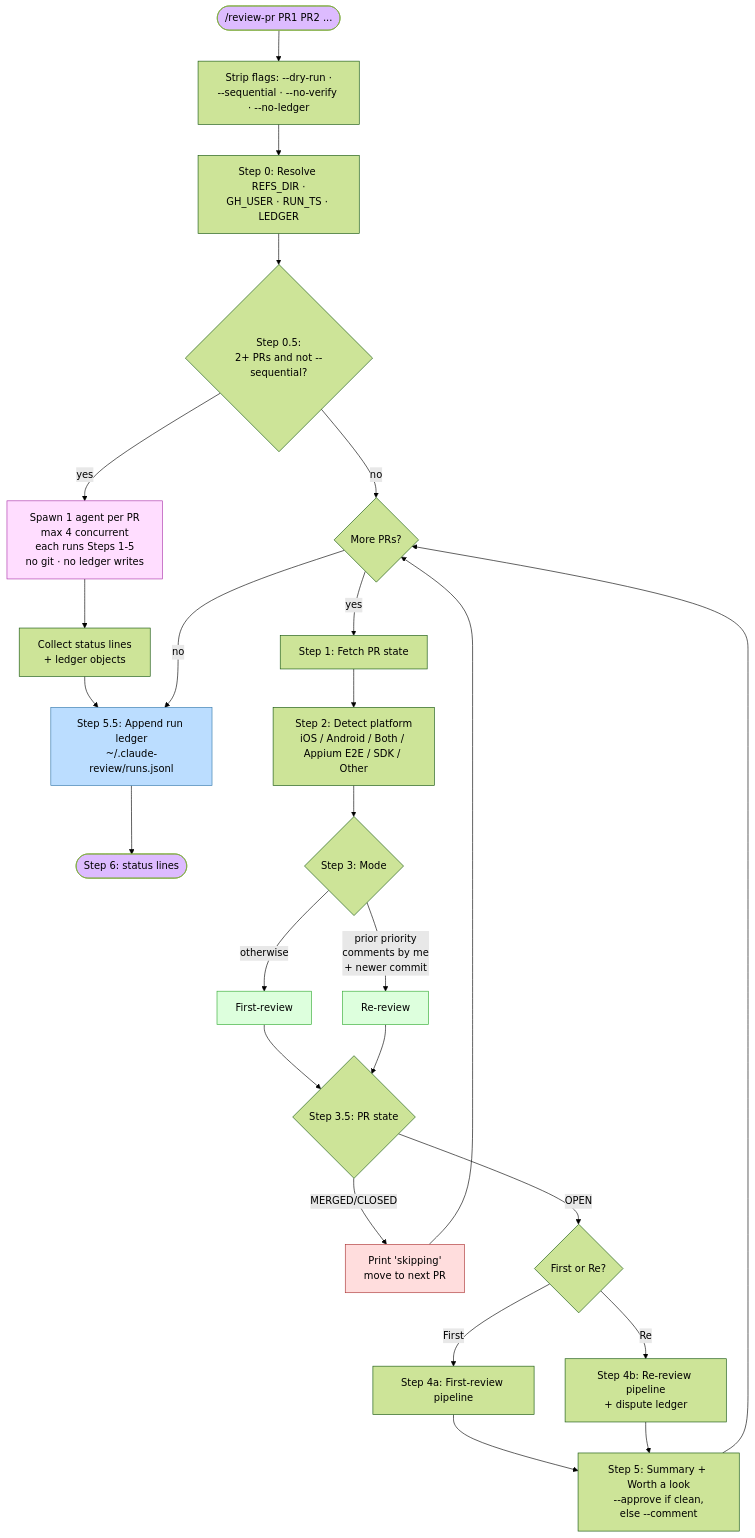
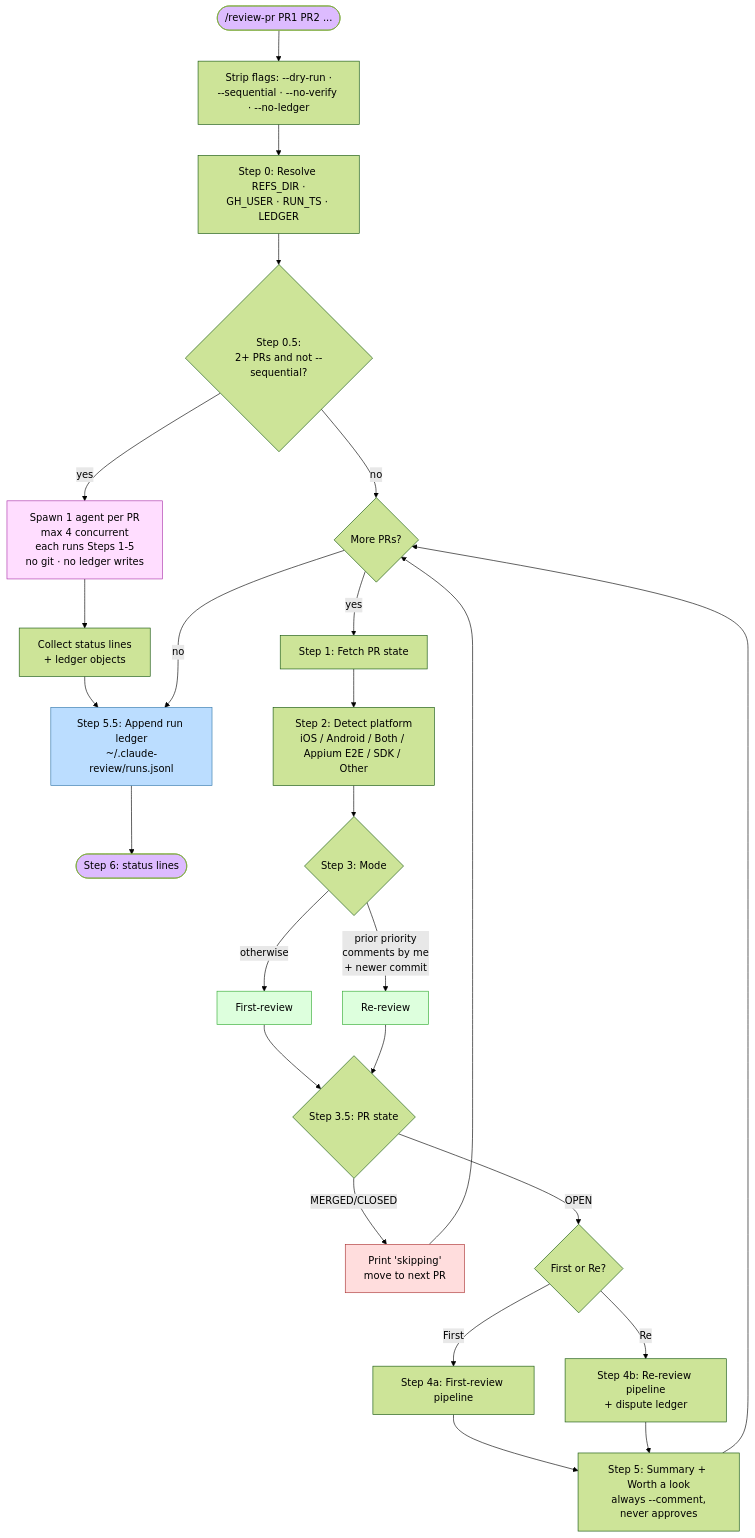
The second of 17 diagrams in HOW-IT-WORKS.md (pkesavangg/pr-review-skills), drawn with Mermaid (forest theme) before and after one commit. The commit also changed other lines of this file and 6 other files, not shown here.

````diff
--- a/HOW-IT-WORKS.md
+++ b/HOW-IT-WORKS.md
@@ -61,42 +61,42 @@
 ```mermaid
 flowchart TD
     Start([/review-pr PR1 PR2 ...]) --> ParseFlags[Strip flags: --dry-run ·<br/>--sequential · --no-verify · --no-ledger]
     ParseFlags --> S0[Step 0: Resolve REFS_DIR ·<br/>GH_USER · RUN_TS · LEDGER]
     S0 --> FanOut{Step 0.5:<br/>2+ PRs and not --sequential?}
 
     FanOut -- yes --> Agents[Spawn 1 agent per PR<br/>max 4 concurrent<br/>each runs Steps 1-5<br/>no git · no ledger writes]
     Agents --> Collect[Collect status lines<br/>+ ledger objects]
     Collect --> S55
 
     FanOut -- no --> NextPR{More PRs?}
     NextPR -- yes --> S1[Step 1: Fetch PR state]
     NextPR -- no --> S55[Step 5.5: Append run ledger<br/>~/.claude-review/runs.jsonl]
     S55 --> Done([Step 6: status lines])
 
     S1 --> S2[Step 2: Detect platform<br/>iOS / Android / Both / Appium E2E / SDK / Other]
     S2 --> S3{Step 3: Mode}
     S3 -- prior priority<br/>comments by me<br/>+ newer commit --> ModeRR[Re-review]
     S3 -- otherwise --> ModeFR[First-review]
 
     ModeFR --> S35{Step 3.5: PR state}
     ModeRR --> S35
     S35 -- MERGED/CLOSED --> Skip[Print 'skipping'<br/>move to next PR]
     S35 -- OPEN --> Branch{First or Re?}
 
     Branch -- First --> S4a[Step 4a: First-review pipeline]
     Branch -- Re --> S4b[Step 4b: Re-review pipeline<br/>+ dispute ledger]
 
-    S4a --> S5[Step 5: Summary + Worth a look<br/>--approve if clean,<br/>else --comment]
+    S4a --> S5[Step 5: Summary + Worth a look<br/>always --comment,<br/>never approves]
     S4b --> S5
     S5 --> NextPR
 
     Skip --> NextPR
 
     style Start fill:#dbf,stroke:#7a3
     style Done fill:#dbf,stroke:#7a3
     style Skip fill:#fdd,stroke:#a33
     style ModeFR fill:#dfd,stroke:#3a3
     style ModeRR fill:#dfd,stroke:#3a3
     style Agents fill:#fdf,stroke:#a3a
     style S55 fill:#bdf,stroke:#37a
 ```
````
